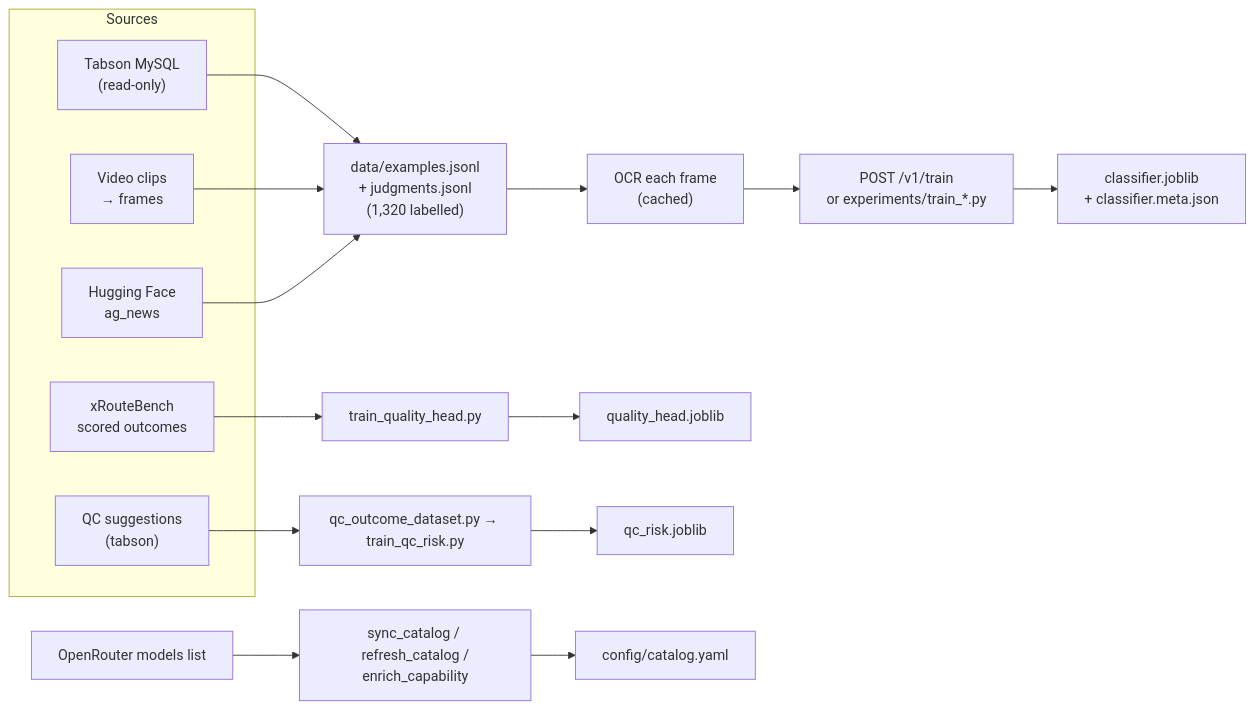
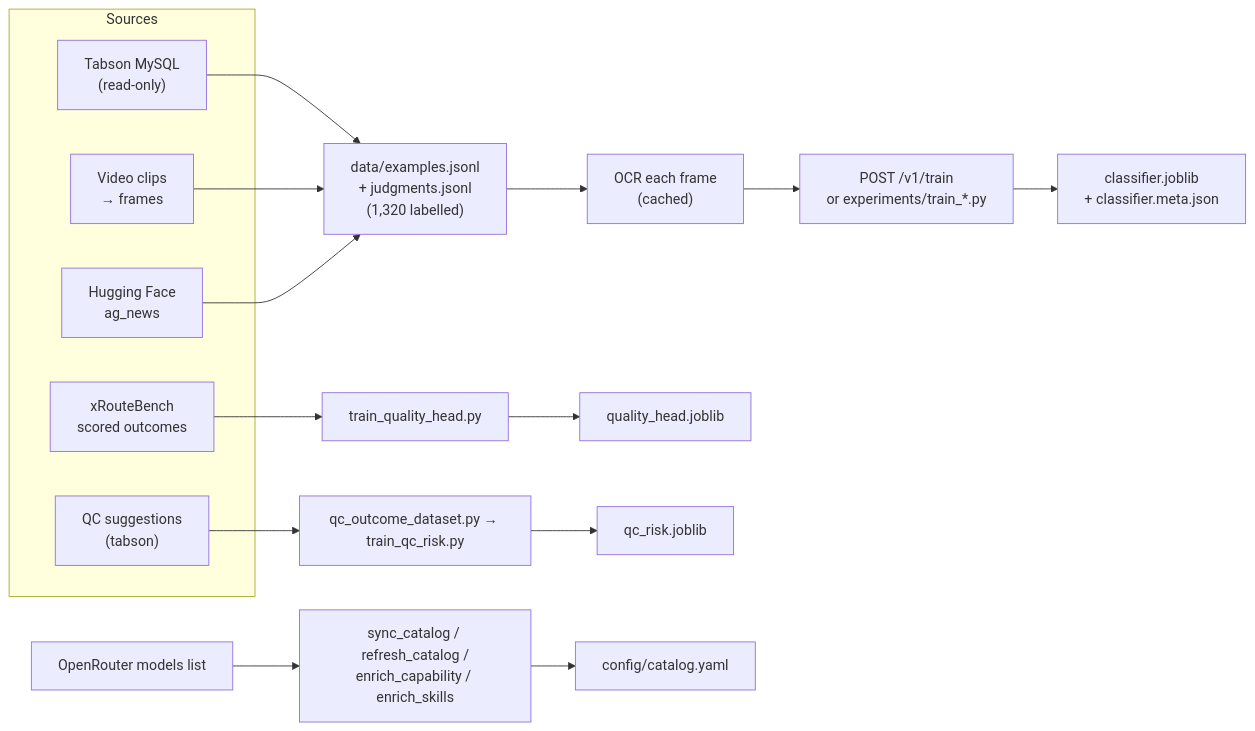
The third of 3 diagrams in ARCHITECTURE.md (jai-ghai/LLM-Router), drawn with Mermaid before and after one commit. The commit also changed 6 other files, not shown here.

````diff
--- a/ARCHITECTURE.md
+++ b/ARCHITECTURE.md
@@ -113,16 +113,16 @@
 ```mermaid
 flowchart LR
     subgraph Sources
         T["Tabson MySQL<br/>(read-only)"]
         V["Video clips<br/>→ frames"]
         HF["Hugging Face<br/>ag_news"]
         X["xRouteBench<br/>scored outcomes"]
         Q["QC suggestions<br/>(tabson)"]
     end
     T & V & HF --> EX["data/examples.jsonl<br/>+ judgments.jsonl<br/>(1,320 labelled)"]
     EX --> OCRT["OCR each frame<br/>(cached)"] --> TR["POST /v1/train<br/>or experiments/train_*.py"]
     TR --> CJ["classifier.joblib<br/>+ classifier.meta.json"]
     X --> QHT["train_quality_head.py"] --> QHJ["quality_head.joblib"]
     Q --> QCD["qc_outcome_dataset.py → train_qc_risk.py"] --> QCJ["qc_risk.joblib"]
-    OR["OpenRouter models list"] --> SY["sync_catalog / refresh_catalog /<br/>enrich_capability"] --> CY["config/catalog.yaml"]
+    OR["OpenRouter models list"] --> SY["sync_catalog / refresh_catalog /<br/>enrich_capability / enrich_skills"] --> CY["config/catalog.yaml"]
 ```
````
